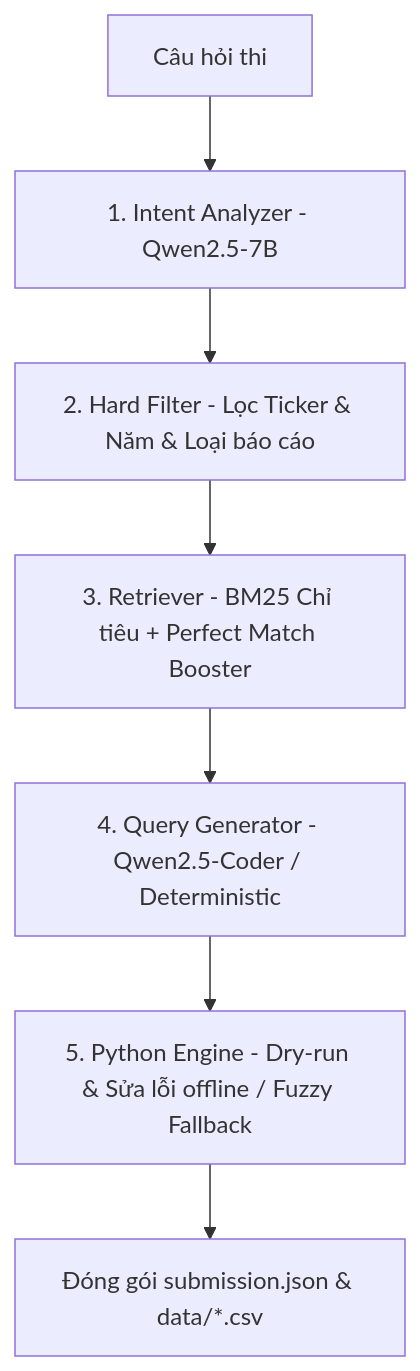
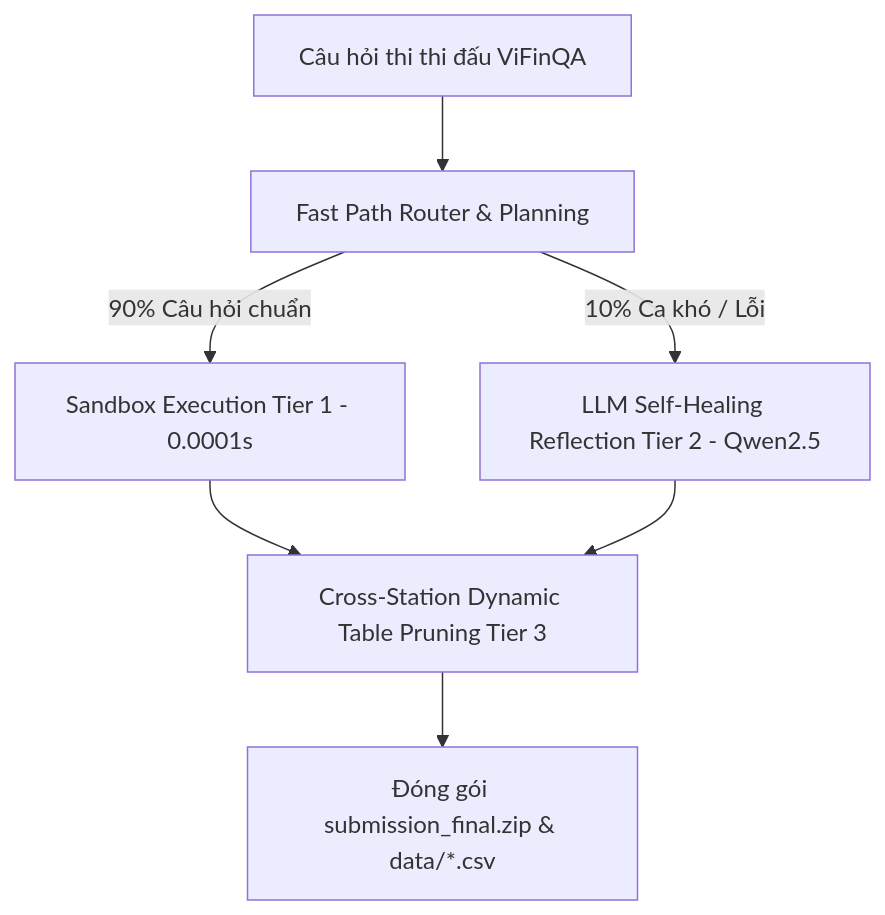
One commit to tuananhdayne/AI-Financial-Data-Assistant changed the diagram in pipeline_summary.md. Above: the diagram before and after it, drawn with Mermaid. The commit also changed other lines of this file and 3 other files, not shown here.

````diff
--- a/pipeline_summary.md
+++ b/pipeline_summary.md
@@ -27,9 +27,9 @@
 ```mermaid
 graph TD
-    A[Câu hỏi thi] --> B[1. Intent Analyzer - Qwen2.5-7B]
-    B --> C[2. Hard Filter - Lọc Ticker & Năm & Loại báo cáo]
-    C --> D[3. Retriever - BM25 Chỉ tiêu + Perfect Match Booster]
-    D --> E[4. Query Generator - Qwen2.5-Coder / Deterministic]
-    E --> F[5. Python Engine - Dry-run & Sửa lỗi offline / Fuzzy Fallback]
-    F --> G[Đóng gói submission.json & data/*.csv]
+    A[Câu hỏi thi thi đấu ViFinQA] --> B[Fast Path Router & Planning]
+    B -->|90% Câu hỏi chuẩn| C[Sandbox Execution Tier 1 - 0.0001s]
+    B -->|10% Ca khó / Lỗi| D[LLM Self-Healing Reflection Tier 2 - Qwen2.5]
+    C --> E[Cross-Station Dynamic Table Pruning Tier 3]
+    D --> E
+    E --> F[Đóng gói submission_final.zip & data/*.csv]
 ```
````
